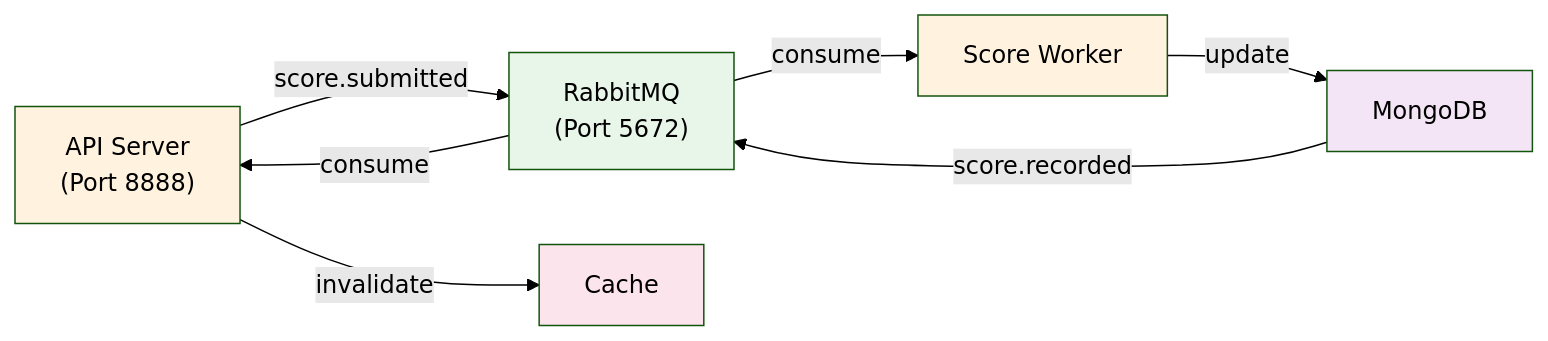
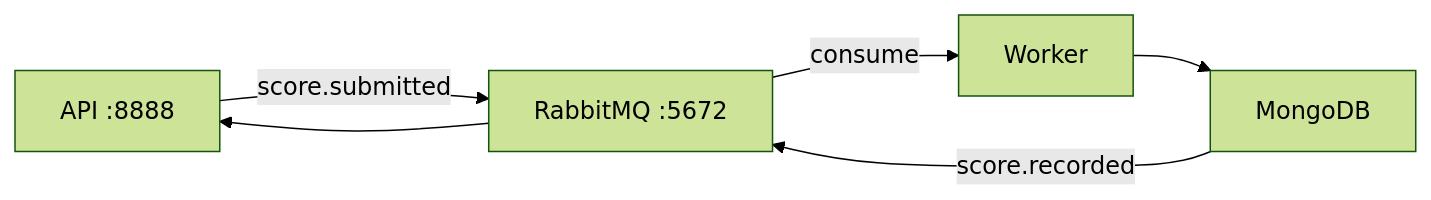
The fifth of 5 diagrams in README.md (da-imran/letterforge-app), drawn with Mermaid (forest theme) before and after one commit. The commit also changed other lines of this file, not shown here.

````diff
--- a/README.md
+++ b/README.md
@@ -538,15 +429,8 @@
 ```mermaid
 graph LR
-    A["API Server<br/>(Port 8888)"] -->|score.submitted| Q["RabbitMQ<br/>(Port 5672)"]
-    Q -->|consume| W["Score Worker"]
-    W -->|update| DB["MongoDB"]
+    A["API :8888"] -->|score.submitted| Q["RabbitMQ :5672"]
+    Q -->|consume| W["Worker"]
+    W --> DB["MongoDB"]
     DB -->|score.recorded| Q
-    Q -->|consume| A
-    A -->|invalidate| C["Cache"]
-
-    style A fill:#fff3e0
-    style Q fill:#e8f5e9
-    style W fill:#fff3e0
-    style DB fill:#f3e5f5
-    style C fill:#fce4ec
+    Q --> A
 ```
````
